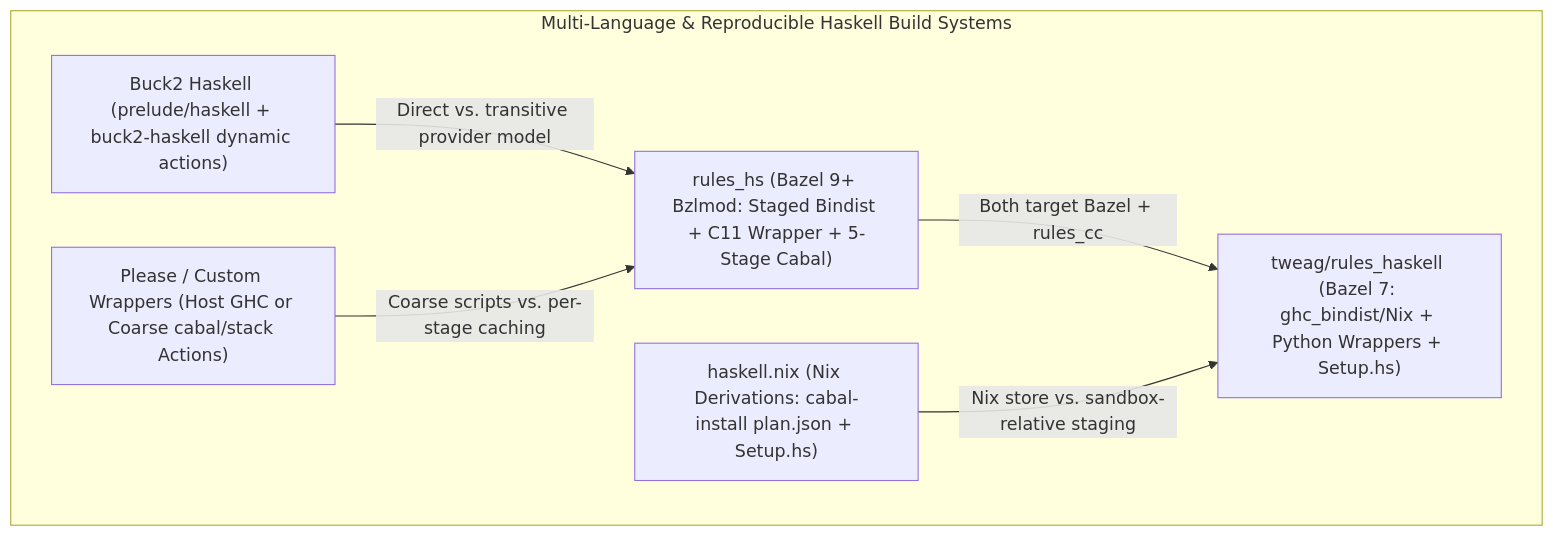
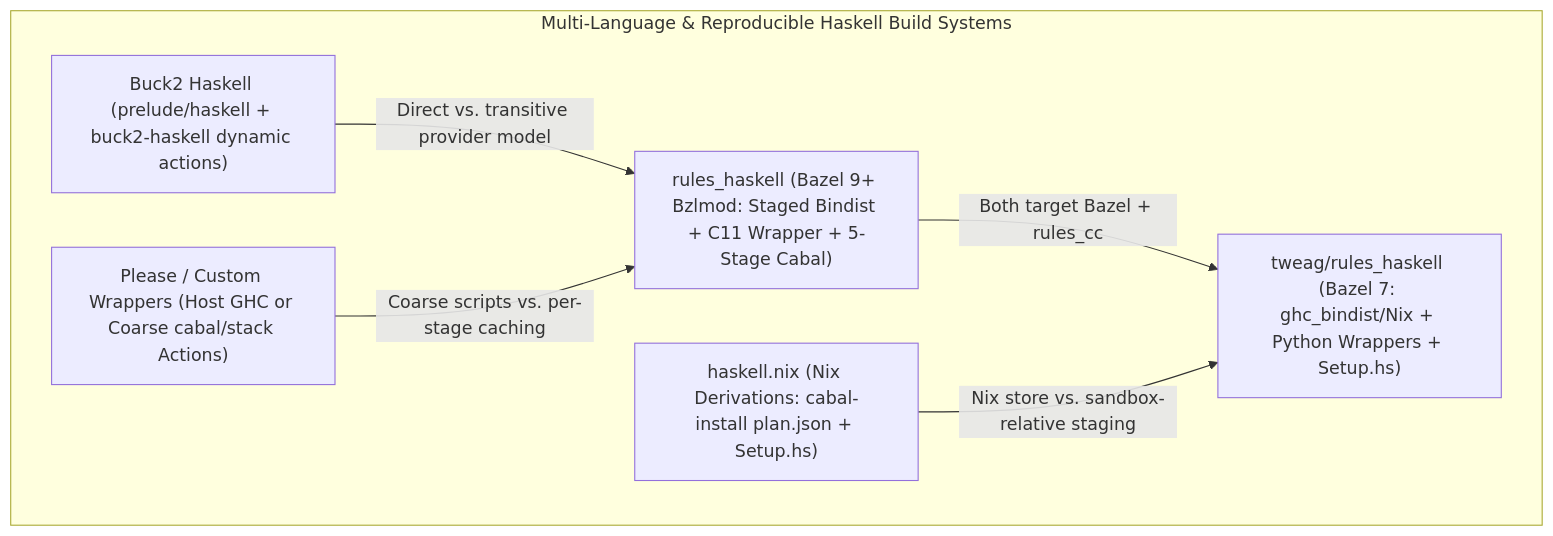
Before and after one commit to kaycebasques/hs: the first of 3 diagrams in docs/content/internals/rulesets-comparison.md, drawn with Mermaid. The commit also changed other lines of this file and 110 other files, not shown here.

Commit message:
refactor: rename project from rules_hs to rules_haskell

````diff
--- a/docs/content/internals/rulesets-comparison.md
+++ b/docs/content/internals/rulesets-comparison.md
@@ -19,15 +19,15 @@
 ```mermaid
 flowchart TD
     subgraph DesignSpace["Multi-Language & Reproducible Haskell Build Systems"]
-        RHS["rules_hs (Bazel 9+ Bzlmod: Staged Bindist + C11 Wrapper + 5-Stage Cabal)"]
+        RHS["rules_haskell (Bazel 9+ Bzlmod: Staged Bindist + C11 Wrapper + 5-Stage Cabal)"]
         RHK["tweag/rules_haskell (Bazel 7: ghc_bindist/Nix + Python Wrappers + Setup.hs)"]
         BUCK["Buck2 Haskell (prelude/haskell + buck2-haskell dynamic actions)"]
         HNIX["haskell.nix (Nix Derivations: cabal-install plan.json + Setup.hs)"]
         PLZ["Please / Custom Wrappers (Host GHC or Coarse cabal/stack Actions)"]
     end
 
     RHS -->|"Both target Bazel + rules_cc"| RHK
     BUCK -->|"Direct vs. transitive provider model"| RHS
     HNIX -->|"Nix store vs. sandbox-relative staging"| RHK
     PLZ -->|"Coarse scripts vs. per-stage caching"| RHS
 ```
````
